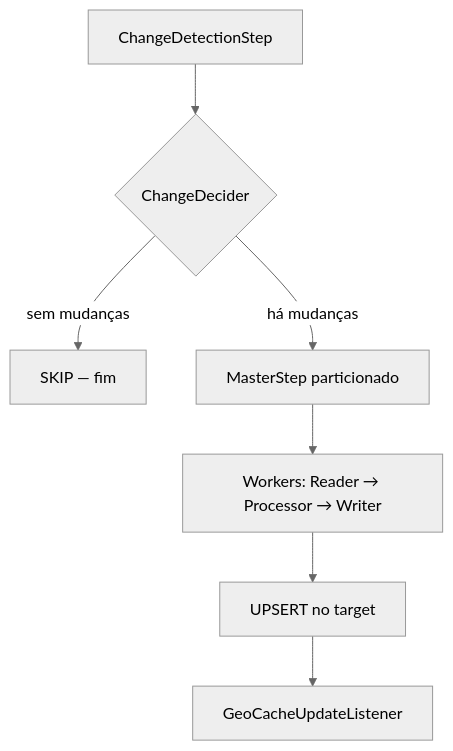
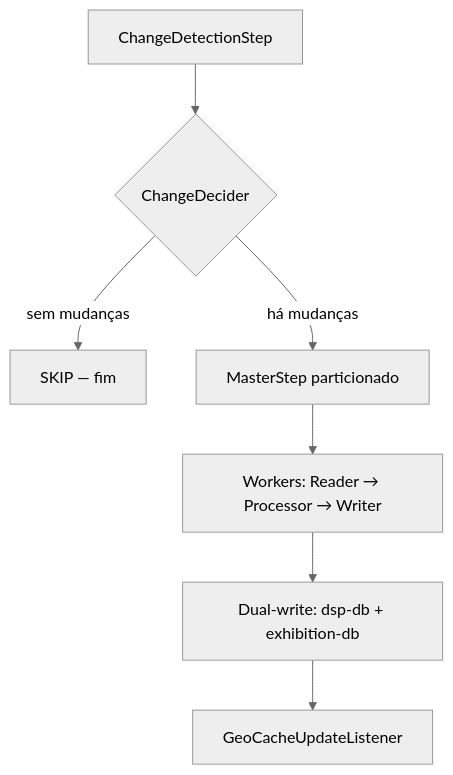
One commit to kleber-albino/rer-dsp-docs changed the second of 2 diagrams in docs/migration/overview.md. Above: the diagram before and after it, drawn with Mermaid (neutral theme). The commit also changed other lines of this file and 11 other files, not shown here.

First line of the commit message:
docs: remove outdated diagram options and update migration/architecture docs for dual-db setup

````diff
--- a/docs/migration/overview.md
+++ b/docs/migration/overview.md
@@ -68,9 +69,9 @@
 ```mermaid
 flowchart TD
   A[ChangeDetectionStep] --> B{ChangeDecider}
   B -->|sem mudanças| C[SKIP — fim]
   B -->|há mudanças| D[MasterStep particionado]
   D --> E[Workers: Reader → Processor → Writer]
-  E --> F[UPSERT no target]
+  E --> F[Dual-write: dsp-db + exhibition-db]
   F --> G[GeoCacheUpdateListener]
 ```
````
